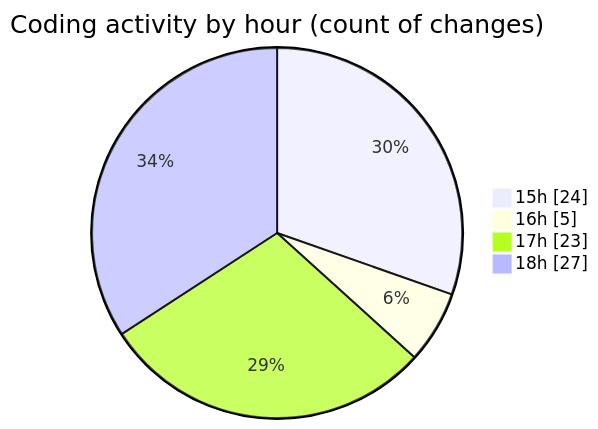
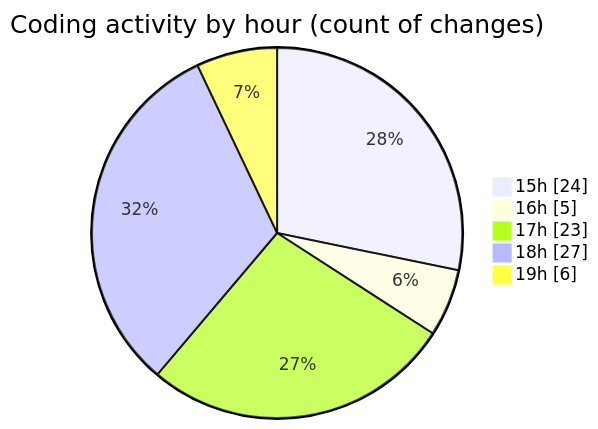
One commit to EIIisD/code-tracking changed the second of 2 diagrams in 2025-08-02/tw-server/README.md. Above: the diagram before and after it, drawn with Mermaid. The commit also changed other lines of this file and 1 other file, not shown here.

````diff
--- a/2025-08-02/tw-server/README.md
+++ b/2025-08-02/tw-server/README.md
@@ -36,8 +36,9 @@
 ```mermaid
 pie showData
 title Coding activity by hour (count of changes)
 "15h" : 24
 "16h" : 5
 "17h" : 23
 "18h" : 27
+"19h" : 6
 ```
````
